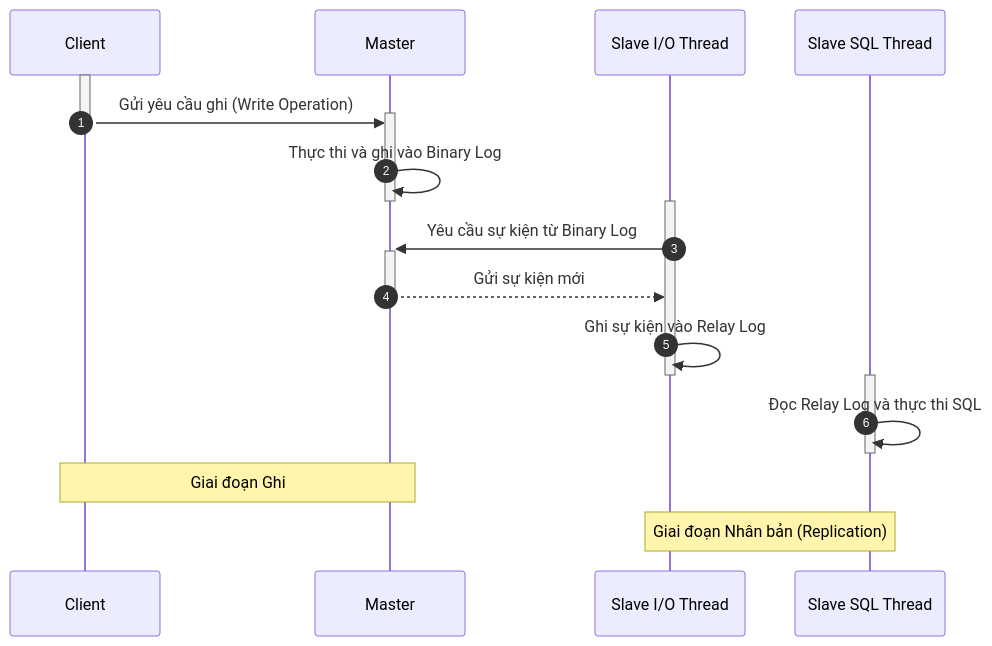
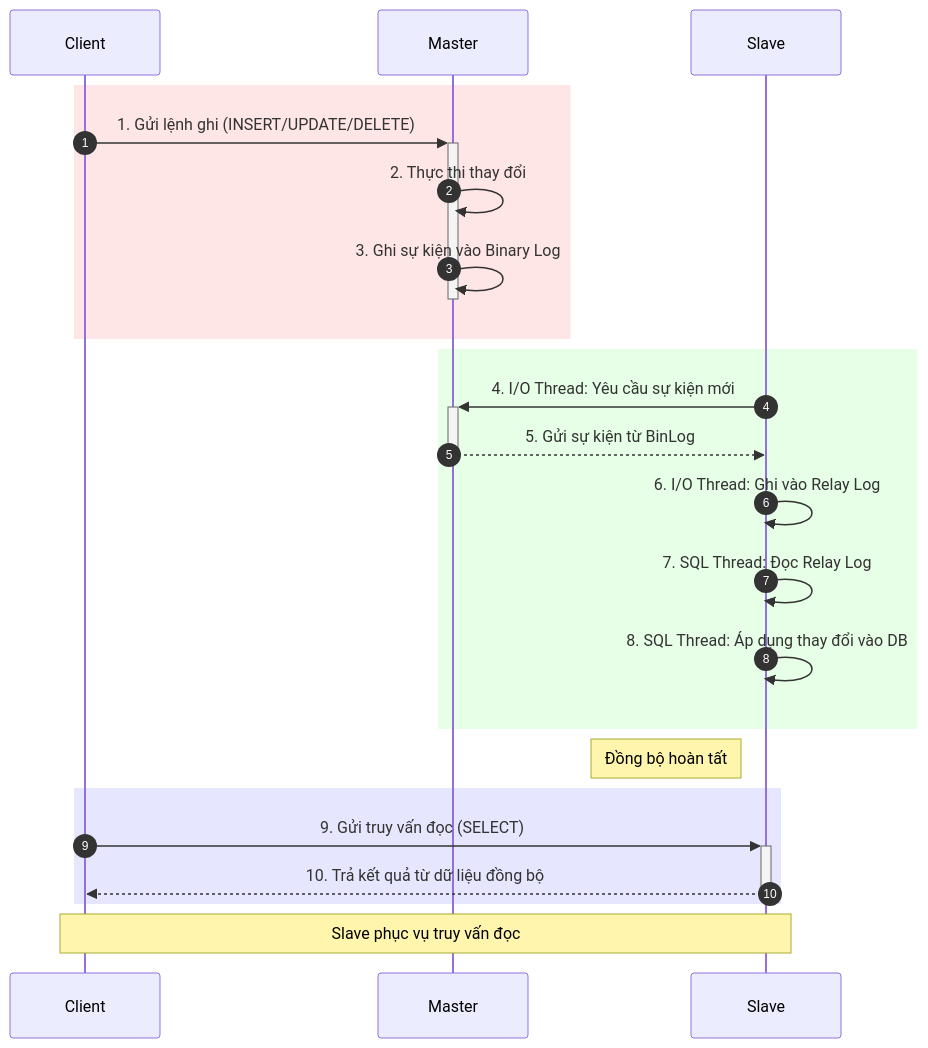
The third of 7 diagrams in master_slave.md (ngockhanhvd2812/DBA), drawn with Mermaid before and after one commit. The commit also changed other lines of this file, not shown here.

````diff
--- a/master_slave.md
+++ b/master_slave.md
@@ -92,30 +143,34 @@
 ```mermaid
 sequenceDiagram
+    autonumber
     participant Client
     participant Master
-    participant Slave_IO as Slave I/O Thread
-    participant Slave_SQL as Slave SQL Thread
-    
-    autonumber
+    participant Slave
 
-    activate Client
-    Client->>+Master: Gửi yêu cầu ghi (Write Operation)
-    deactivate Client
-    
-    Master->>Master: Thực thi và ghi vào Binary Log
+    %% --- Ghi dữ liệu ---
+    rect rgb(255, 230, 230)
+    Client->>+Master: 1. Gửi lệnh ghi (INSERT/UPDATE/DELETE)
+    Master->>Master: 2. Thực thi thay đổi
+    Master->>Master: 3. Ghi sự kiện vào Binary Log
     deactivate Master
-    
-    activate Slave_IO
-    Slave_IO->>+Master: Yêu cầu sự kiện từ Binary Log
-    Master-->>-Slave_IO: Gửi sự kiện mới
-    
-    Slave_IO->>Slave_IO: Ghi sự kiện vào Relay Log
-    deactivate Slave_IO
-    
-    activate Slave_SQL
-    Slave_SQL->>Slave_SQL: Đọc Relay Log và thực thi SQL
-    deactivate Slave_SQL
-    
-    note over Client,Master: Giai đoạn Ghi
-    note over Slave_IO,Slave_SQL: Giai đoạn Nhân bản (Replication)
-```
+    end
+
+    %% --- Đồng bộ hóa ---
+    rect rgb(230, 255, 230)
+    Slave->>+Master: 4. I/O Thread: Yêu cầu sự kiện mới
+    Master-->>-Slave: 5. Gửi sự kiện từ BinLog
+    Slave->>Slave: 6. I/O Thread: Ghi vào Relay Log
+    Slave->>Slave: 7. SQL Thread: Đọc Relay Log
+    Slave->>Slave: 8. SQL Thread: Áp dụng thay đổi vào DB
+    end
+
+    note left of Slave: Đồng bộ hoàn tất
+
+    %% --- Đọc dữ liệu ---
+    rect rgb(230, 230, 255)
+    Client->>+Slave: 9. Gửi truy vấn đọc (SELECT)
+    Slave-->>-Client: 10. Trả kết quả từ dữ liệu đồng bộ
+    end
+
+    note over Client,Slave: Slave phục vụ truy vấn đọc
+``` 
````
